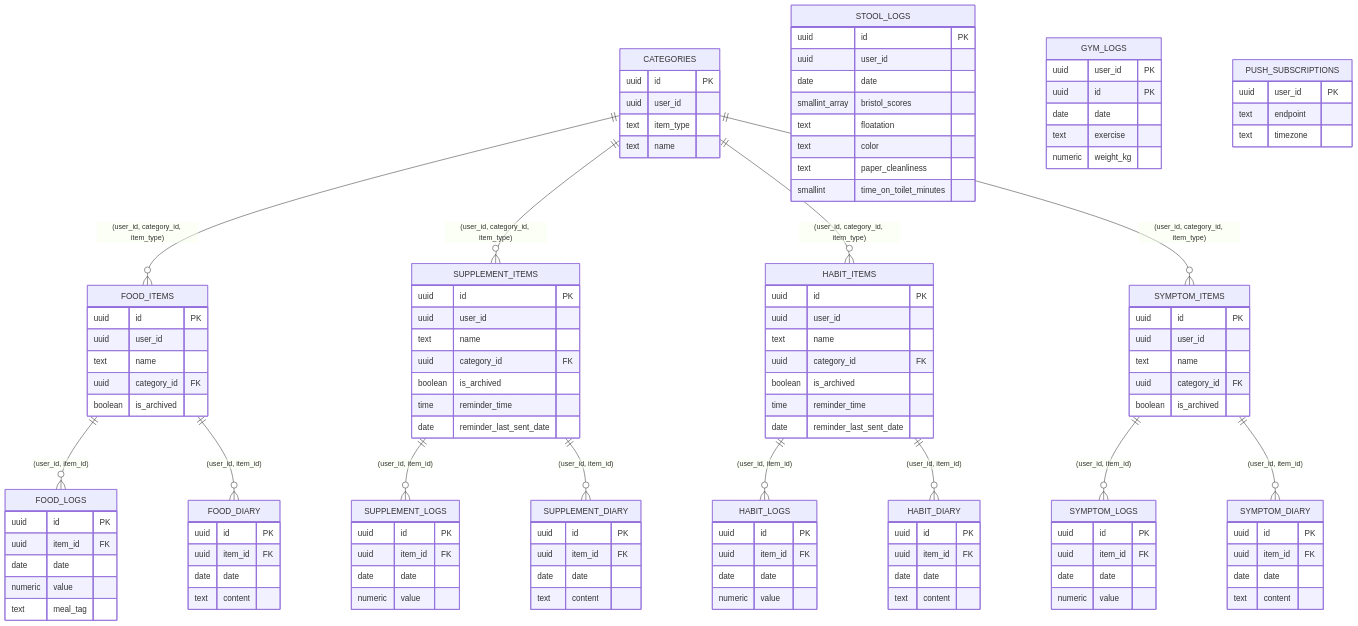
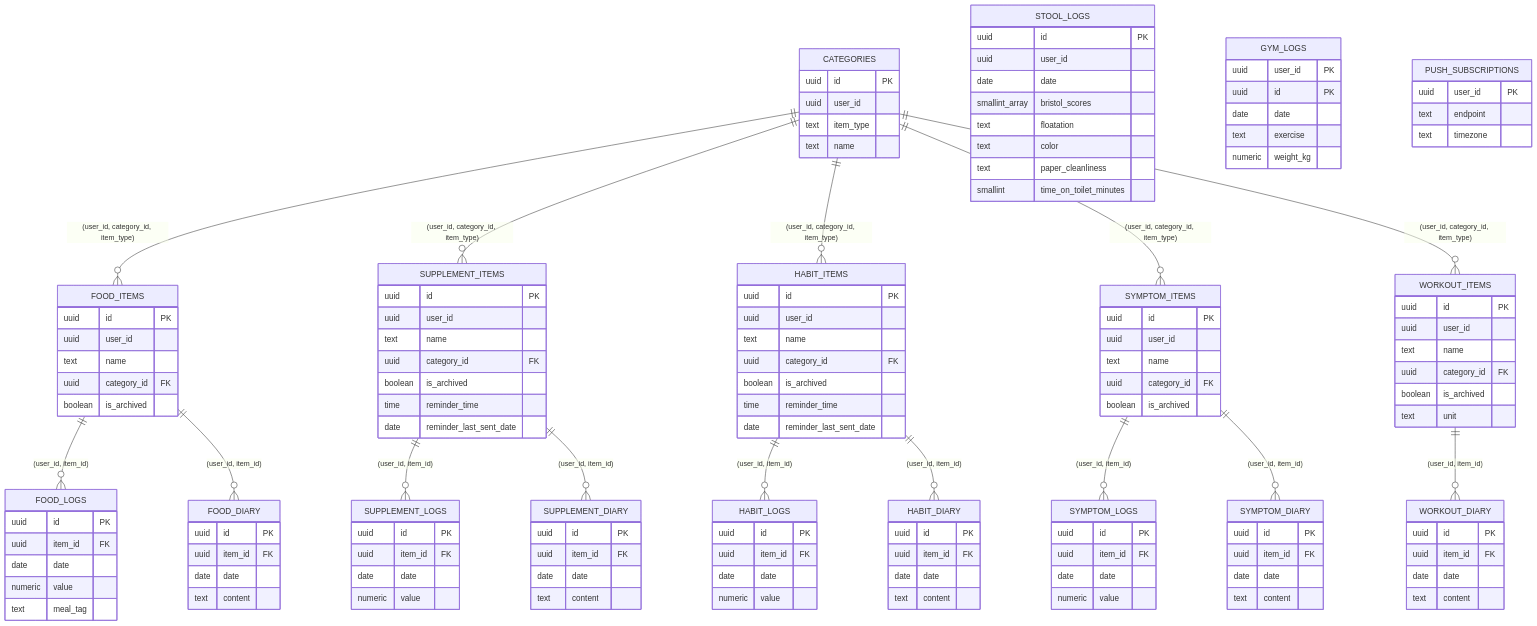
The diagram in README.md (xxvazquez/health-management), drawn with Mermaid before and after one commit. The commit also changed other lines of this file and 34 other files, not shown here.

```diff
--- a/README.md
+++ b/README.md
@@ -24,6 +24,7 @@
     CATEGORIES ||--o{ SUPPLEMENT_ITEMS : "(user_id, category_id, item_type)"
     CATEGORIES ||--o{ HABIT_ITEMS : "(user_id, category_id, item_type)"
     CATEGORIES ||--o{ SYMPTOM_ITEMS : "(user_id, category_id, item_type)"
+    CATEGORIES ||--o{ WORKOUT_ITEMS : "(user_id, category_id, item_type)"
 
     FOOD_ITEMS ||--o{ FOOD_LOGS : "(user_id, item_id)"
     FOOD_ITEMS ||--o{ FOOD_DIARY : "(user_id, item_id)"
@@ -33,6 +34,7 @@
     HABIT_ITEMS ||--o{ HABIT_DIARY : "(user_id, item_id)"
     SYMPTOM_ITEMS ||--o{ SYMPTOM_LOGS : "(user_id, item_id)"
     SYMPTOM_ITEMS ||--o{ SYMPTOM_DIARY : "(user_id, item_id)"
+    WORKOUT_ITEMS ||--o{ WORKOUT_DIARY : "(user_id, item_id)"
 
     CATEGORIES {
         uuid id PK
@@ -71,6 +73,14 @@
         text name
         uuid category_id FK
         boolean is_archived
+    }
+    WORKOUT_ITEMS {
+        uuid id PK
+        uuid user_id
+        text name
+        uuid category_id FK
+        boolean is_archived
+        text unit
     }
     FOOD_LOGS {
         uuid id PK
@@ -121,6 +131,12 @@
         date date
         text content
     }
+    WORKOUT_DIARY {
+        uuid id PK
+        uuid item_id FK
+        date date
+        text content
+    }
     STOOL_LOGS {
         uuid id PK
         uuid user_id
@@ -138,6 +154,9 @@
         text exercise
         numeric weight_kg
     }
+    %% GYM_LOGS.exercise is a plain name, matched against WORKOUT_ITEMS.name
+    %% at the app layer, not a foreign key — see WORKOUT_ITEMS' own comment
+    %% in supabase/schema.sql. Left undrawn above for that reason.
     PUSH_SUBSCRIPTIONS {
         uuid user_id PK
         text endpoint
```
